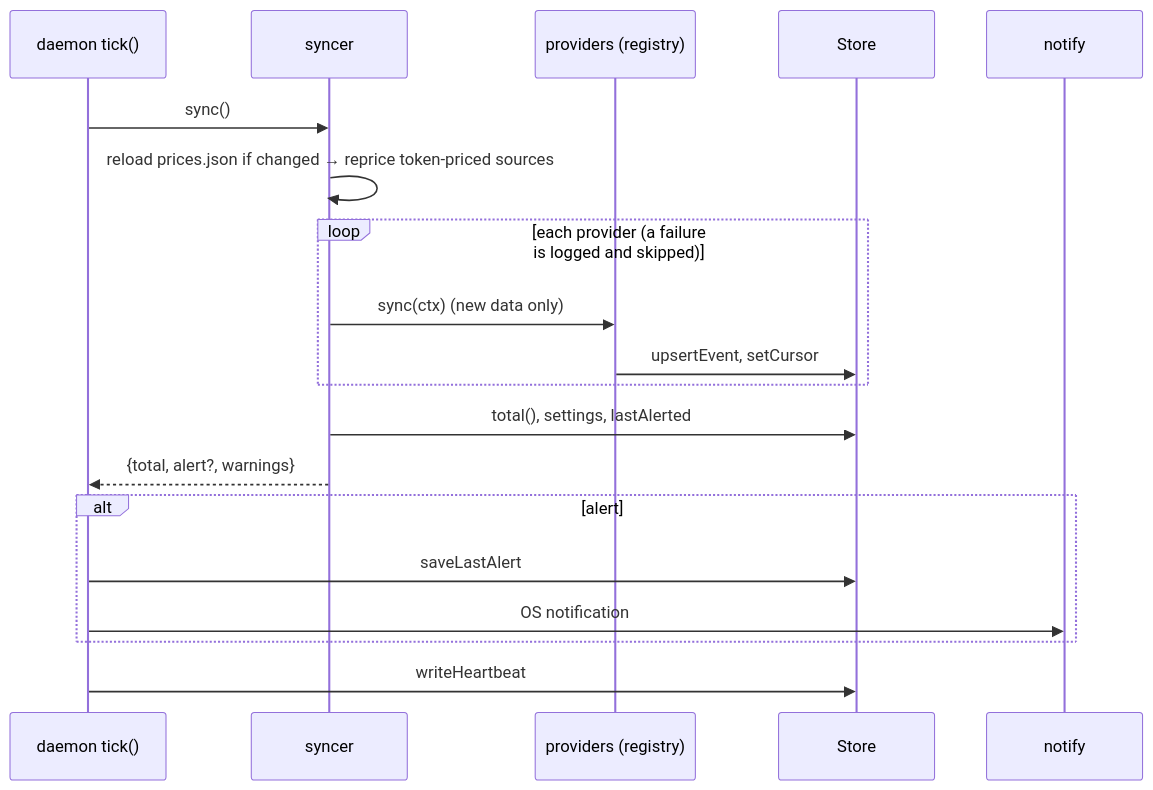
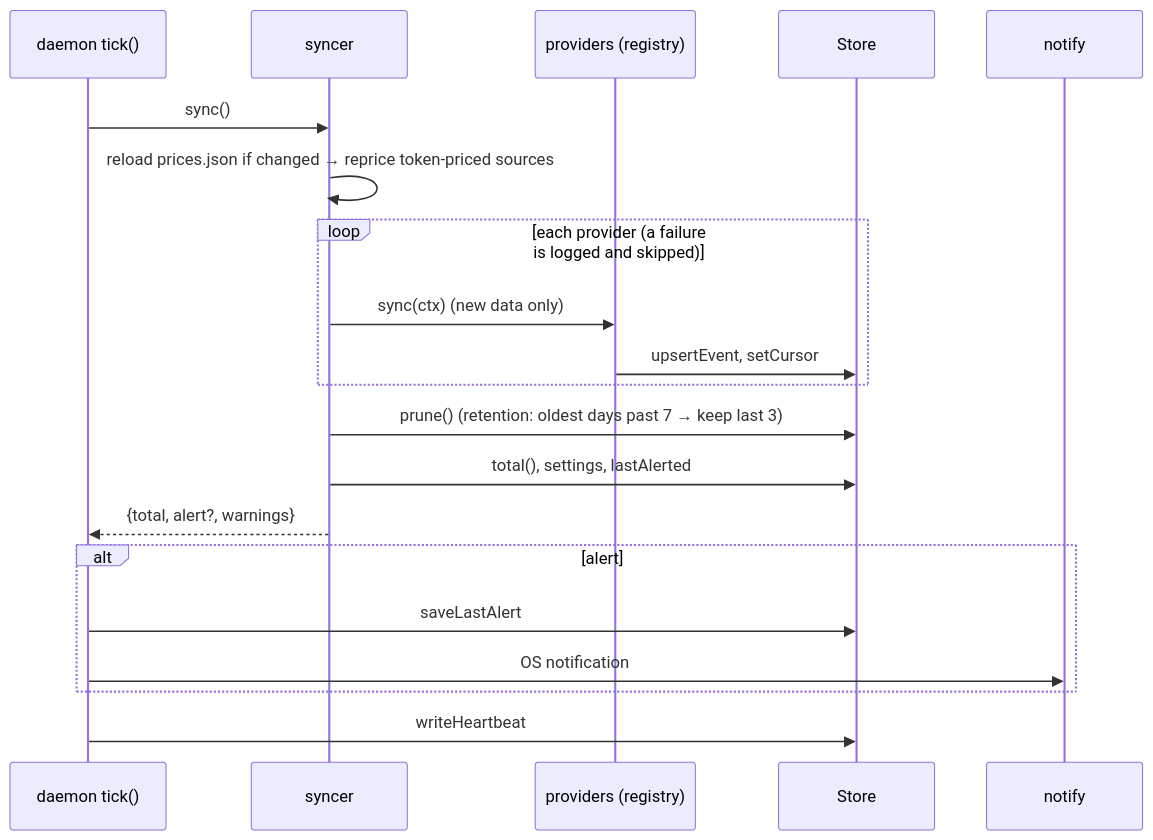
One commit to KevinRebakure/BeAware changed the first of 6 diagrams in docs/developer/flows.md. Above: the diagram before and after it, drawn with Mermaid. The commit also changed other lines of this file and 7 other files, not shown here.

````diff
--- a/docs/developer/flows.md
+++ b/docs/developer/flows.md
@@ -4,21 +4,22 @@
 ```mermaid
 sequenceDiagram
   participant D as daemon tick()
   participant Sy as syncer
   participant P as providers (registry)
   participant St as Store
   participant N as notify
   D->>Sy: sync()
   Sy->>Sy: reload prices.json if changed → reprice token-priced sources
   loop each provider (a failure is logged and skipped)
     Sy->>P: sync(ctx) (new data only)
     P->>St: upsertEvent, setCursor
   end
+  Sy->>St: prune() (retention: oldest days past 7 → keep last 3)
   Sy->>St: total(), settings, lastAlerted
   Sy-->>D: {total, alert?, warnings}
   alt alert
     D->>St: saveLastAlert
     D->>N: OS notification
   end
   D->>St: writeHeartbeat
 ```
````
